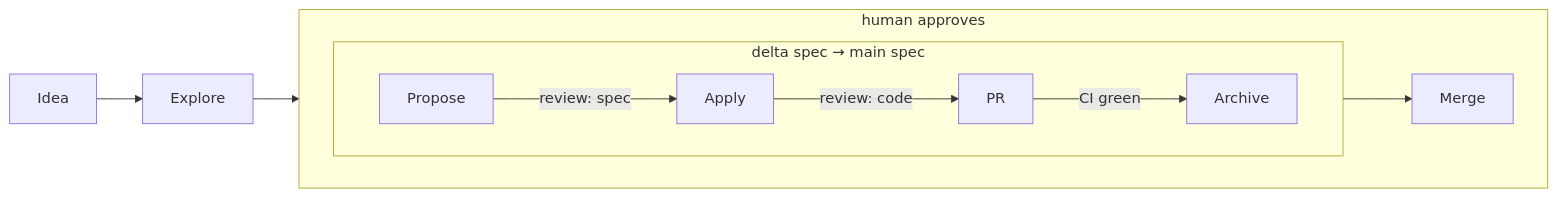
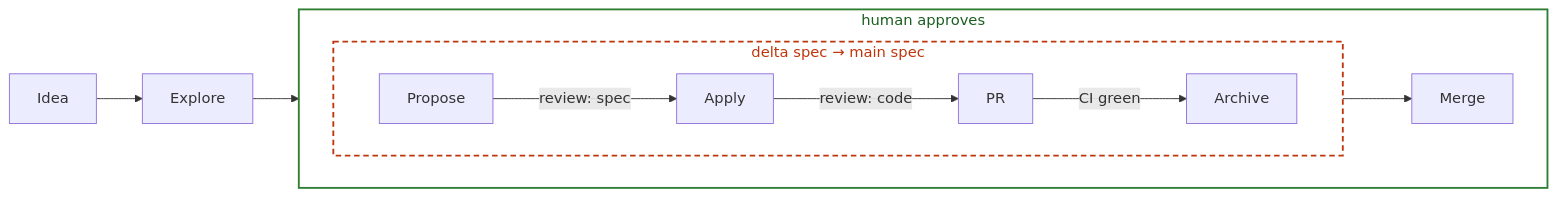
Before and after one commit to aanbrn/axon-showcase: the third of 3 diagrams in README.md, drawn with Mermaid.

Commit message:
Style the loop's span boxes to disambiguate their titles
Give each nested span box a matching title and border colour (outer green, inner orange, inner dashed) so each stacked title is attributable.

````diff
--- a/README.md
+++ b/README.md
@@ -201,14 +201,16 @@
 ```mermaid
-%%{init: {"flowchart": {"diagramPadding": 255}}}%%
+%%{init: {"flowchart": {"diagramPadding": 270}}}%%
 flowchart LR
     Idea --> Explore
     subgraph approve["human approves"]
         direction LR
         subgraph fold["delta spec → main spec"]
             direction LR
             Propose -->|"review: spec"| Apply -->|"review: code"| PR -->|"CI green"| Archive
         end
         Archive --> Merge
     end
     Explore --> Propose
+    style approve fill:none,stroke:#2e7d32,stroke-width:2px,color:#1b5e20
+    style fold fill:none,stroke:#bf360c,stroke-width:2px,stroke-dasharray:6 4,color:#bf360c
 ```
````
